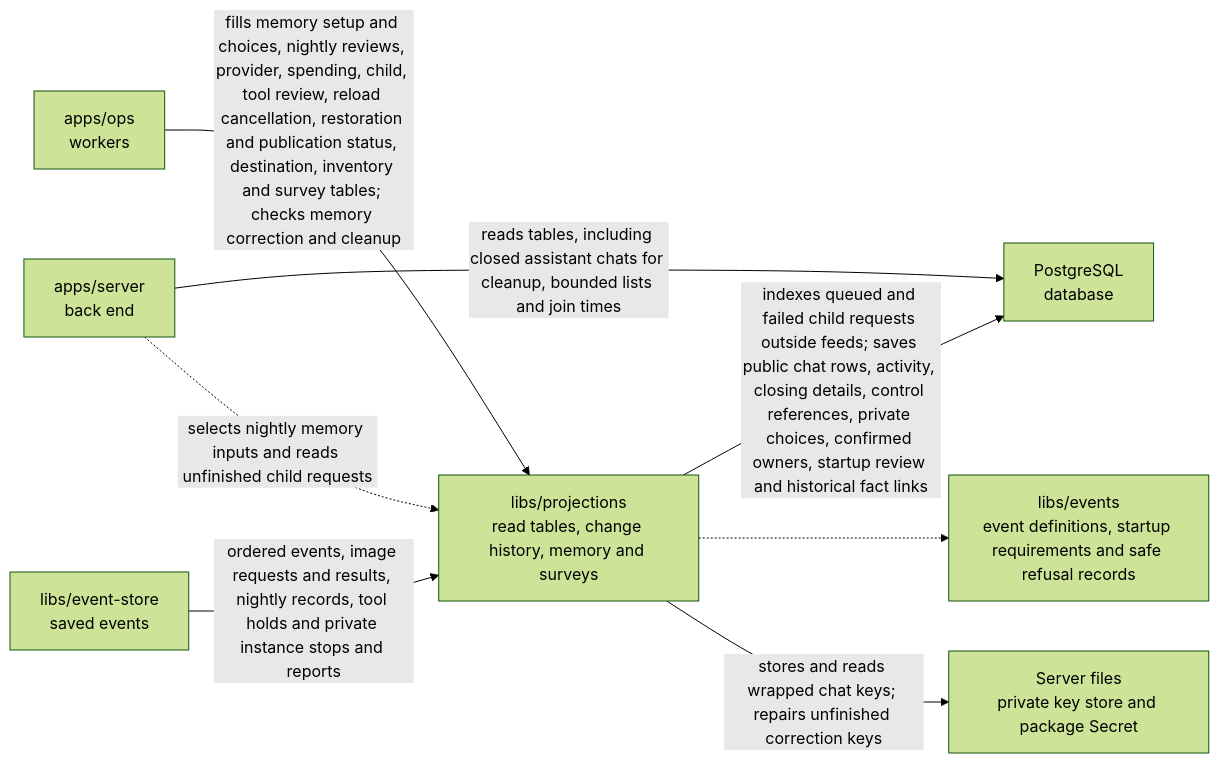
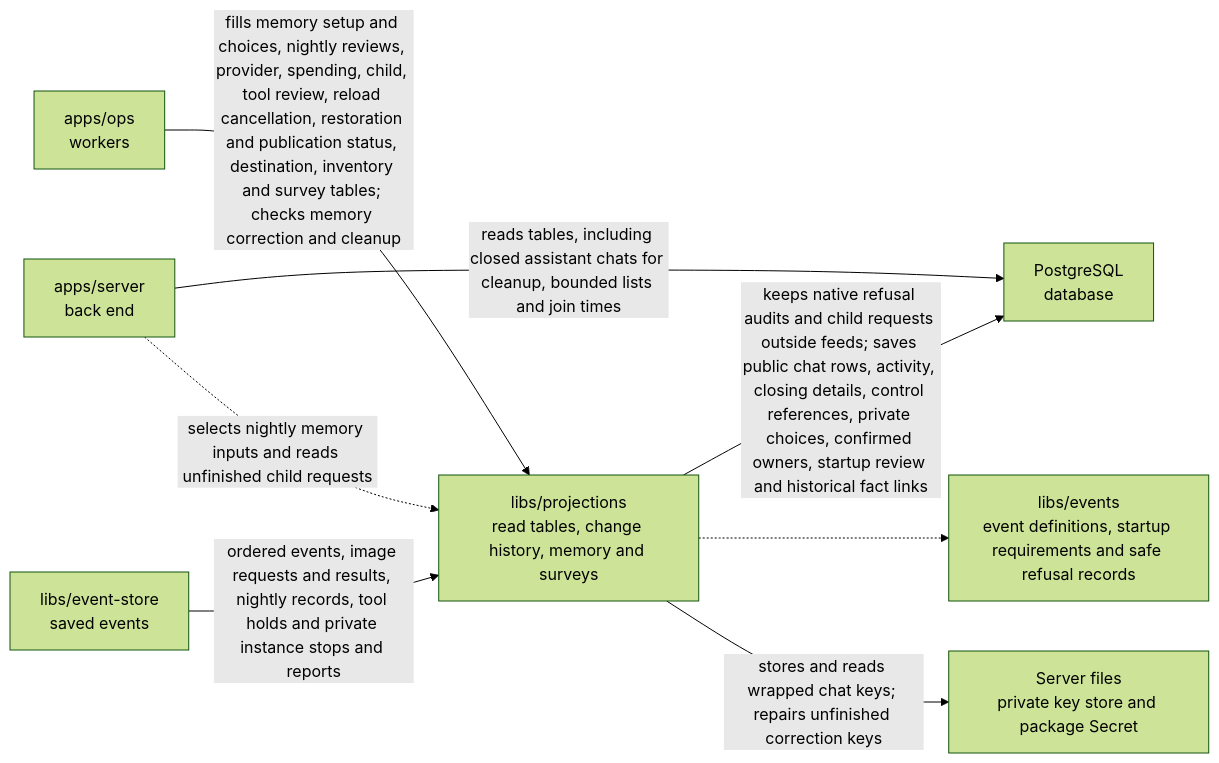
Before and after one commit to elewa-git/opencrane-new: the diagram in libs/projections/README.md, drawn with Mermaid (forest theme). The commit also changed other lines of this file and 3 other files, not shown here.

Commit message:
🔧 Keep native refusals out of chat and capture production model tools

````diff
--- a/libs/projections/README.md
+++ b/libs/projections/README.md
@@ -23,10 +23,10 @@
 ```mermaid
 flowchart LR
   ops["apps/ops<br/>workers"] -->|fills memory setup and choices, nightly reviews, provider, spending, child, tool review, reload cancellation, restoration and publication status, destination, inventory and survey tables; checks memory correction and cleanup| projections["libs/projections<br/>read tables, change history, memory and surveys"]
   server["apps/server<br/>back end"] -->|reads tables, including closed assistant chats for cleanup, bounded lists and join times| pg["PostgreSQL<br/>database"]
-  projections -->|indexes queued and failed child requests outside feeds; saves public chat rows, activity, closing details, control references, private choices, confirmed owners, startup review and historical fact links| pg
+  projections -->|keeps native refusal audits and child requests outside feeds; saves public chat rows, activity, closing details, control references, private choices, confirmed owners, startup review and historical fact links| pg
   store["libs/event-store<br/>saved events"] -->|ordered events, image requests and results, nightly records, tool holds and private instance stops and reports| projections
   server -.->|selects nightly memory inputs and reads unfinished child requests| projections
   projections -.-> events["libs/events<br/>event definitions, startup requirements and safe refusal records"]
   projections -->|stores and reads wrapped chat keys; repairs unfinished correction keys| keys["Server files<br/>private key store and package Secret"]
 ```
````
